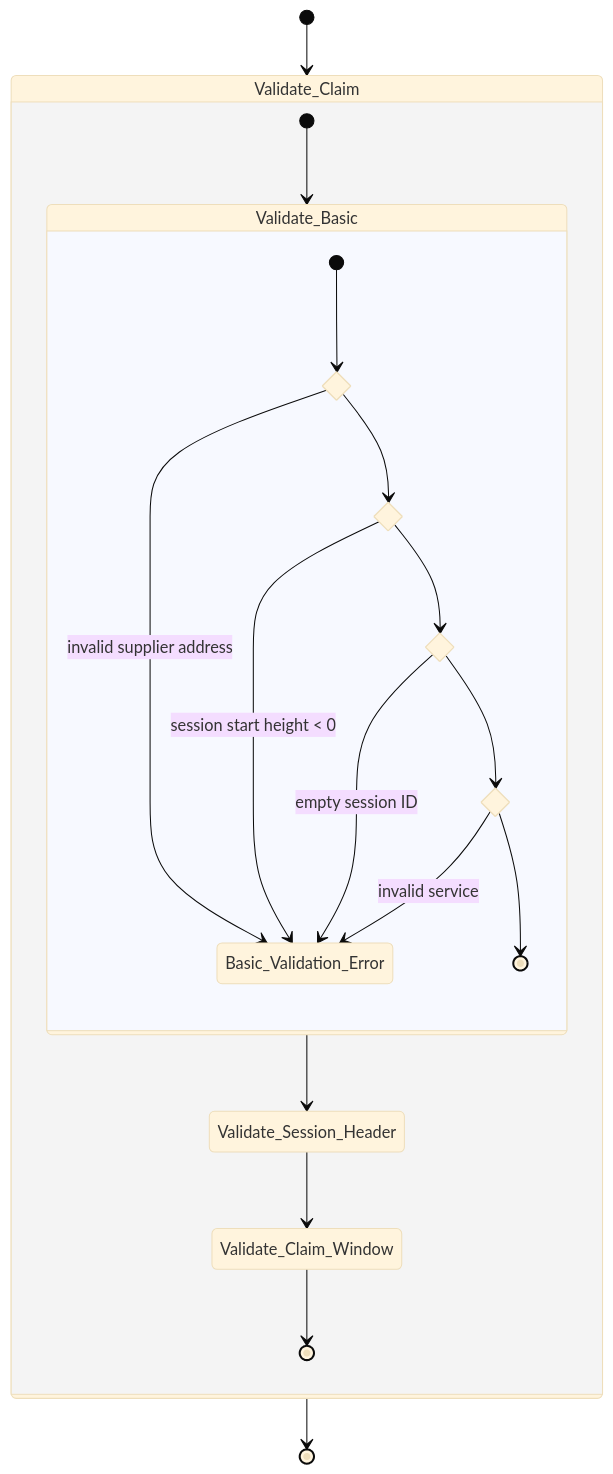
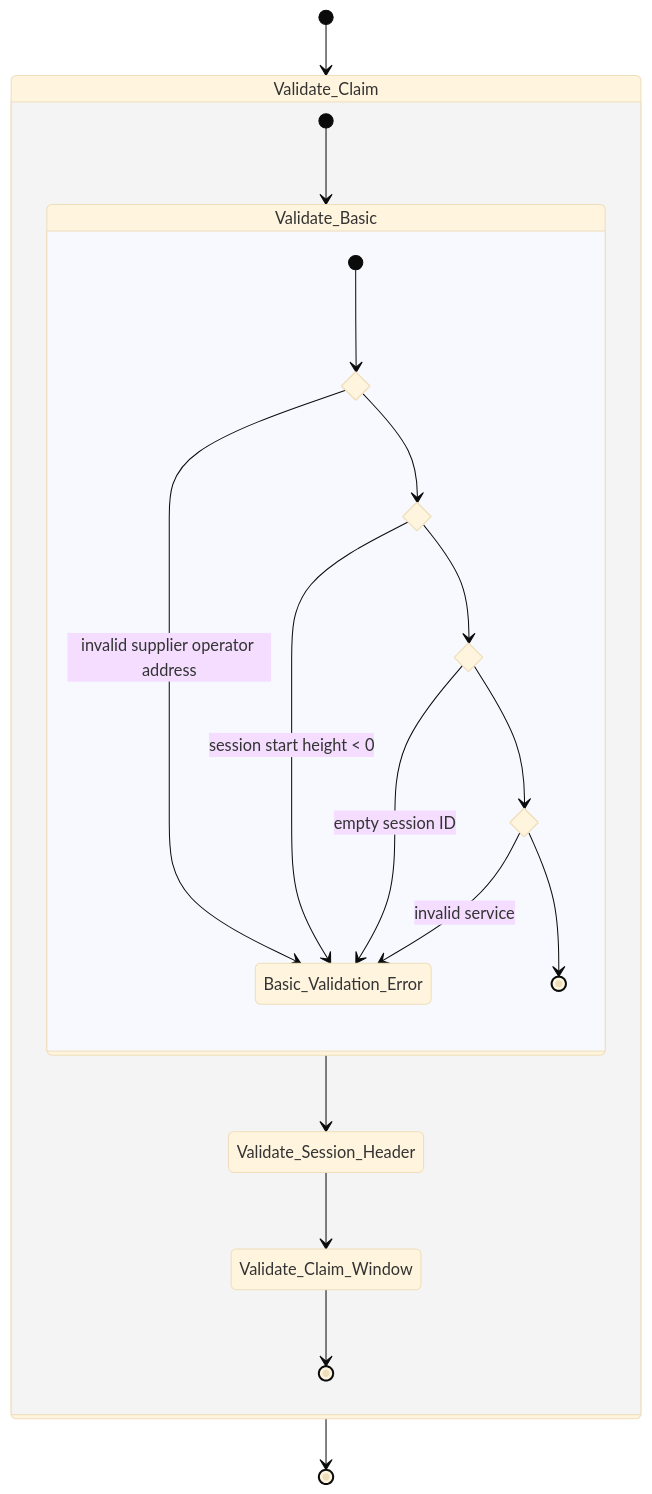
One commit to pokt-network/poktroll changed the fourth of 17 diagrams in docusaurus/docs/protocol/primitives/claim_and_proof_lifecycle.md. Above: the diagram before and after it, drawn with Mermaid (base theme). The commit also changed other lines of this file and 158 other files, not shown here.

First line of the commit message:
[Supplier] Rename Supplier.Address to Supplier.OperatorAddress (#722)

````diff
--- a/docusaurus/docs/protocol/primitives/claim_and_proof_lifecycle.md
+++ b/docusaurus/docs/protocol/primitives/claim_and_proof_lifecycle.md
@@ -208,31 +217,31 @@
 ```mermaid
 stateDiagram-v2
 
 [*] --> Validate_Claim
 state Validate_Claim {
     [*] --> Validate_Basic
-    
+
     state Validate_Basic {
         state if_session_start_gt_0 <<choice>>
         state if_session_id_empty <<choice>>
         state if_service_invalid <<choice>>
-        state if_supplier_addr_valid <<choice>>
-        
-        [*] --> if_supplier_addr_valid
-        if_supplier_addr_valid --> Basic_Validation_Error: invalid supplier address
-        if_supplier_addr_valid --> if_session_start_gt_0
+        state if_supplier_operator_addr_valid <<choice>>
+
+        [*] --> if_supplier_operator_addr_valid
+        if_supplier_operator_addr_valid --> Basic_Validation_Error: invalid supplier operator address
+        if_supplier_operator_addr_valid --> if_session_start_gt_0
         if_session_start_gt_0 --> Basic_Validation_Error: session start height < 0
         if_session_start_gt_0 --> if_session_id_empty
         if_session_id_empty --> Basic_Validation_Error: empty session ID
         if_session_id_empty --> if_service_invalid
         if_service_invalid --> Basic_Validation_Error: invalid service
         if_service_invalid --> [*]
     }
 
     Validate_Basic --> Validate_Session_Header
     Validate_Session_Header
     Validate_Session_Header --> Validate_Claim_Window
     Validate_Claim_Window -->[*]
 }
 Validate_Claim --> [*]
 ```
````
